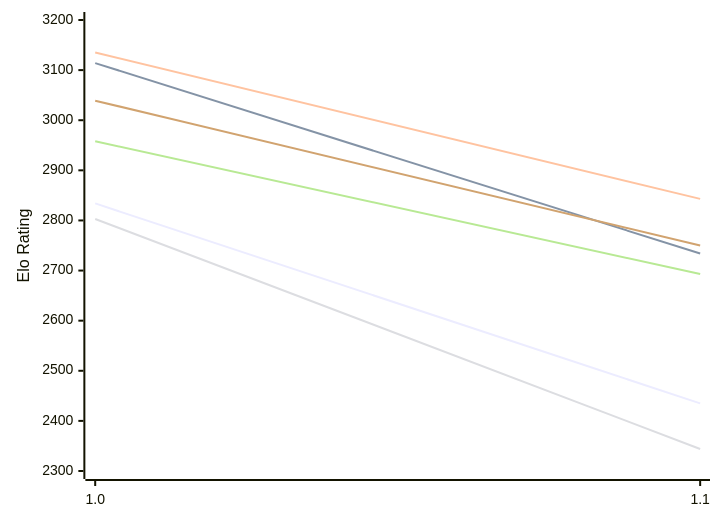
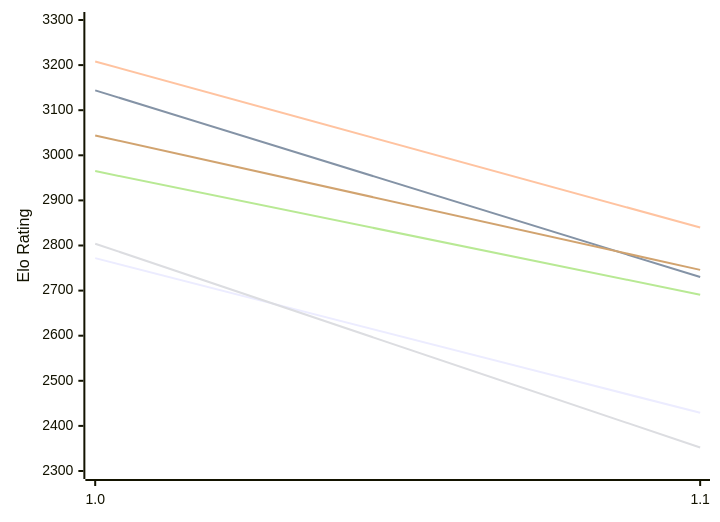
Before and after one commit to computer-chess-index/cci: the first of 2 diagrams in engines/Publius.md, drawn with Mermaid. The commit also changed other lines of this file, not shown here.

Commit message:
Update CCI Ratings (ELO VLTC) - 2026-11-15

````diff
--- a/engines/Publius.md
+++ b/engines/Publius.md
@@ -50,12 +50,12 @@
 ```mermaid
 %%{init: {"theme":"base","themeVariables":{"seriesColors:['#a3a3a3','#222221','#faa371']}}}%%
 xychart-beta
   x-axis ["1.0", "1.1"]
-  y-axis "Elo Rating" 2300 --> 3200
-  line "E1: STC (8.0+0.08s)" [2834, 2435]
-  line "E1: LTC (60.0+0.60s)" [3114, 2734]
-  line "E1: VLTC (2m24s+1.12s)" [3135, 2843]
-  line "P1: STC (8.0+0.08s)" [2803, 2344]
-  line "P1: LTC (60.0+0.60s)" [2958, 2693]
-  line "P1: VLTC (2m24s+1.12s)" [3039, 2750]
+  y-axis "Elo Rating" 2300 --> 3300
+  line "E1: STC (8.0+0.08s)" [2772, 2429]
+  line "E1: LTC (60.0+0.60s)" [3144, 2730]
+  line "E1: VLTC (2m24s+1.12s)" [3208, 2840]
+  line "P1: STC (8.0+0.08s)" [2804, 2352]
+  line "P1: LTC (60.0+0.60s)" [2965, 2691]
+  line "P1: VLTC (2m24s+1.12s)" [3044, 2746]
 ```
````
